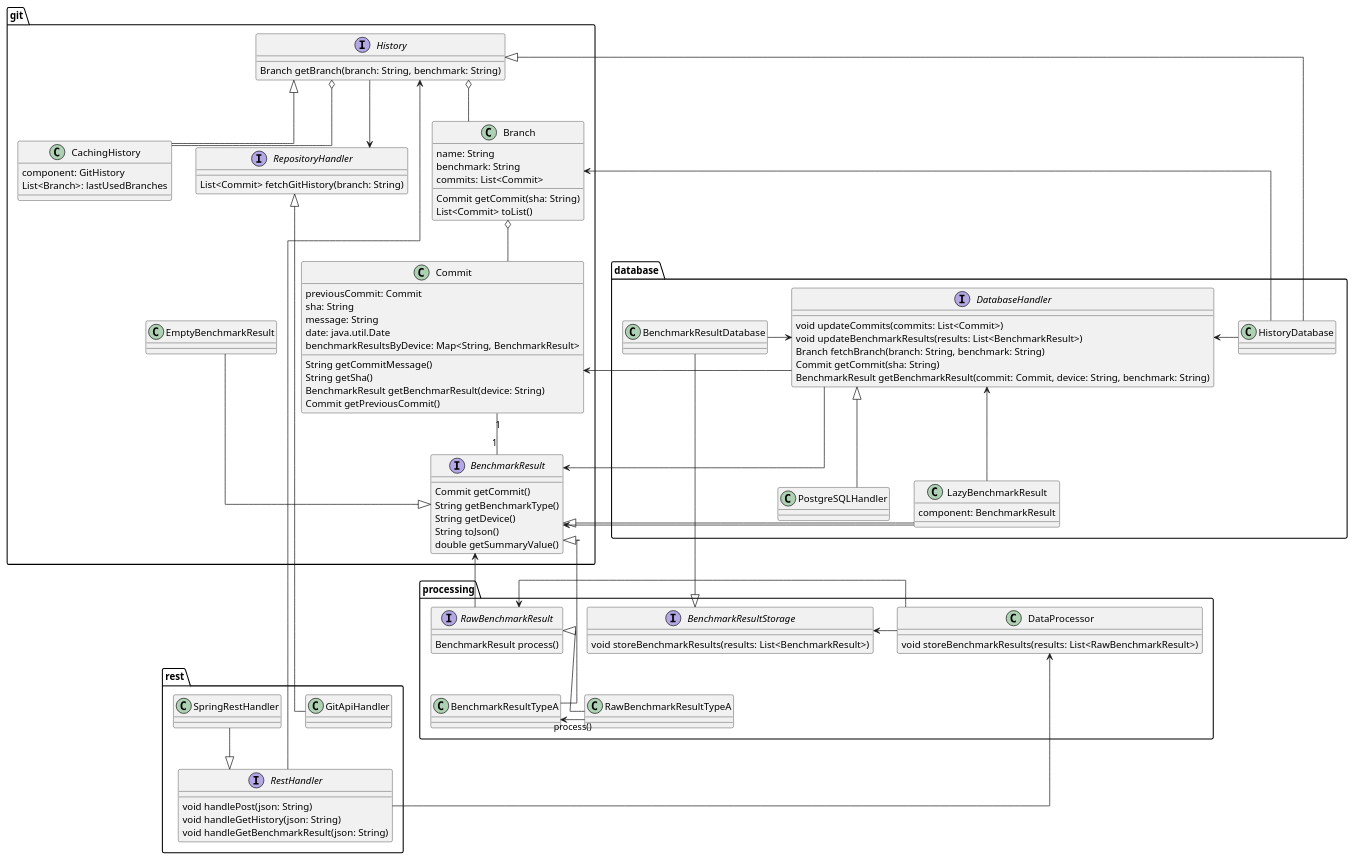
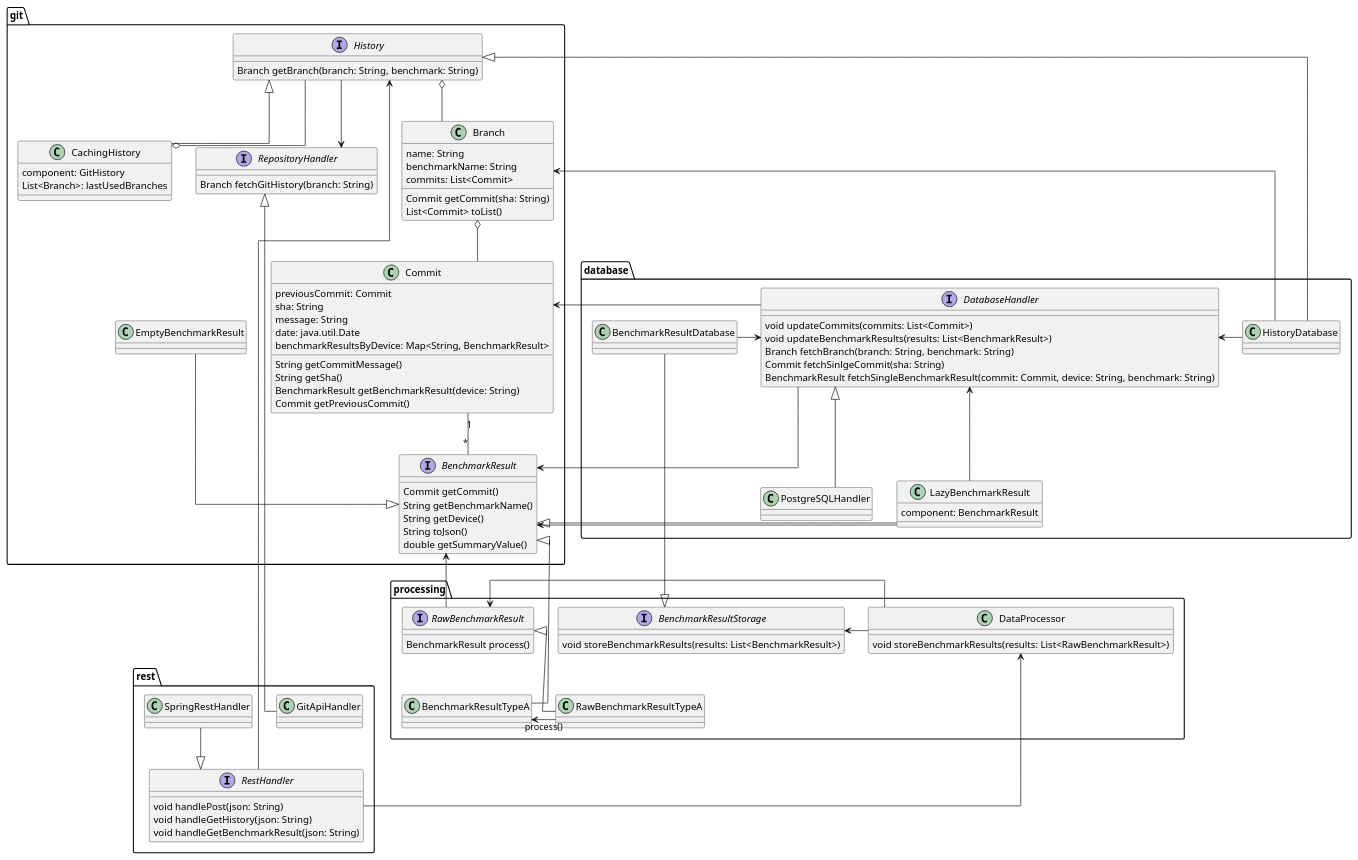
The diagram in Design/plantuml/backend_class.puml (pse-parkview/Parkview), drawn with PlantUML before and after one commit.

Commit message:
updates according to supervisor feedback

```diff
--- a/Design/plantuml/backend_class.puml
+++ b/Design/plantuml/backend_class.puml
@@ -1,137 +1,137 @@
 @startuml backend
 
 skinparam linetype ortho
 
 package git {
   interface History {
     Branch getBranch(branch: String, benchmark: String)
   }
 
   interface RepositoryHandler {
-    List<Commit> fetchGitHistory(branch: String)
+    Branch fetchGitHistory(branch: String)
   }
 
   class CachingHistory {
     component: GitHistory
     List<Branch>: lastUsedBranches
   }
   
   class Commit {
     previousCommit: Commit
     sha: String
     message: String
     date: java.util.Date
     benchmarkResultsByDevice: Map<String, BenchmarkResult>
     String getCommitMessage()
     String getSha()
-    BenchmarkResult getBenchmarResult(device: String)
+    BenchmarkResult getBenchmarkResult(device: String)
     Commit getPreviousCommit()
   }
   
   
   class Branch {
     name: String
-    benchmark: String
+    benchmarkName: String
     commits: List<Commit>
     Commit getCommit(sha: String)
     List<Commit> toList()
   }
     
   interface BenchmarkResult {
     Commit getCommit()
-    String getBenchmarkType()
+    String getBenchmarkName()
     String getDevice()
     String toJson()
     double getSummaryValue()
   }
 
   class EmptyBenchmarkResult
   EmptyBenchmarkResult --|> BenchmarkResult
   
   History o-- Branch
   History --> RepositoryHandler
   History <|-- CachingHistory
-  History o-- CachingHistory
+  History --o CachingHistory
   
   Branch o-- Commit
-  Commit "1" -- "1" BenchmarkResult
+  Commit "1" -- "*" BenchmarkResult
 }
 
 
 package rest {
   class GitApiHandler
   class SpringRestHandler
   
   interface RestHandler {
     void handlePost(json: String)
     void handleGetHistory(json: String)
     void handleGetBenchmarkResult(json: String)
   }
    
   SpringRestHandler --|> RestHandler
 }
 
 package database {
   class PostgreSQLHandler
   
   interface DatabaseHandler {
     void updateCommits(commits: List<Commit>)
     void updateBenchmarkResults(results: List<BenchmarkResult>)
     Branch fetchBranch(branch: String, benchmark: String)
-    Commit getCommit(sha: String)
-    BenchmarkResult getBenchmarkResult(commit: Commit, device: String, benchmark: String)
+    Commit fetchSinlgeCommit(sha: String)
+    BenchmarkResult fetchSingleBenchmarkResult(commit: Commit, device: String, benchmark: String)
   }
   
   class HistoryDatabase
   
   DatabaseHandler <- HistoryDatabase
   DatabaseHandler <|-- PostgreSQLHandler
 
   class BenchmarkResultDatabase
   
   DatabaseHandler <- BenchmarkResultDatabase
   
   class LazyBenchmarkResult {
     component: BenchmarkResult
   }
 
   DatabaseHandler <-- LazyBenchmarkResult
 }
 
 package processing {
   interface RawBenchmarkResult {
     BenchmarkResult process()
   } 
 
   class RawBenchmarkResultTypeA
 
   class DataProcessor {
     void storeBenchmarkResults(results: List<RawBenchmarkResult>)
   }
 
   interface BenchmarkResultStorage {
     void storeBenchmarkResults(results: List<BenchmarkResult>)
   }
 
   class BenchmarkResultTypeA
 
   RawBenchmarkResult <- DataProcessor
   BenchmarkResultStorage <- DataProcessor
   RawBenchmarkResult <|-- RawBenchmarkResultTypeA
   RawBenchmarkResultTypeA -> BenchmarkResultTypeA: "process()"
 }
 
 History <--- RestHandler
 History <|--- HistoryDatabase
 BenchmarkResultStorage <|--- BenchmarkResultDatabase
 RepositoryHandler <|--- GitApiHandler
 DatabaseHandler ---> Commit
 DatabaseHandler ---> BenchmarkResult
 HistoryDatabase ---> Branch
 BenchmarkResult <|--- BenchmarkResultTypeA
 BenchmarkResult <|--- LazyBenchmarkResult
 BenchmarkResult <--- LazyBenchmarkResult
 BenchmarkResult <--- RawBenchmarkResult
 DataProcessor <--- RestHandler
 
 @enduml
```
